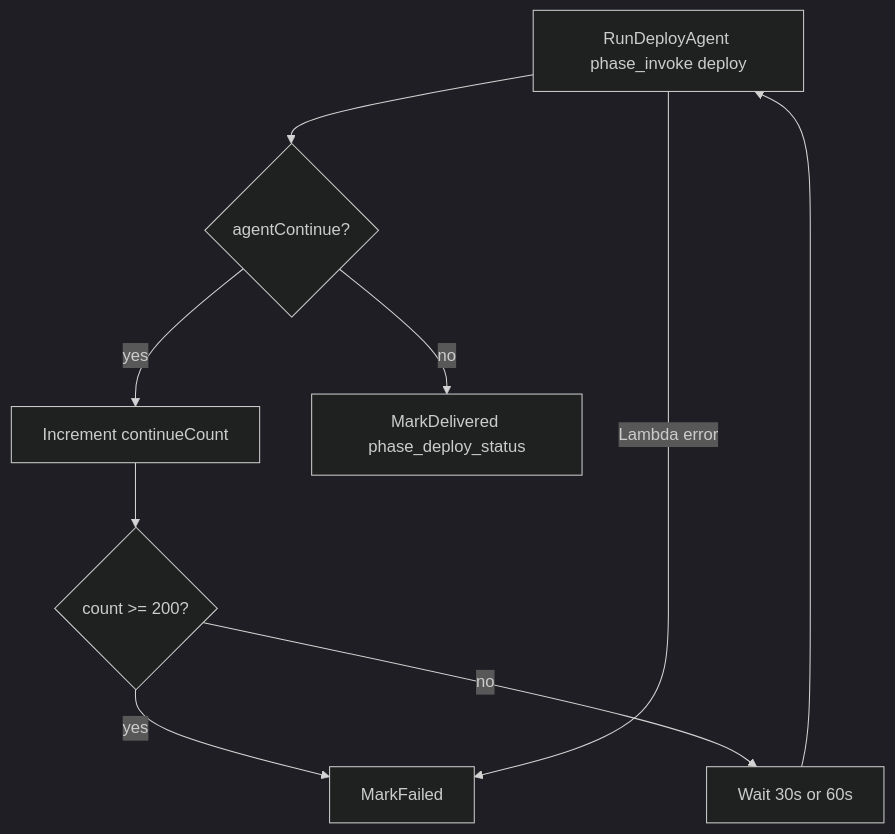
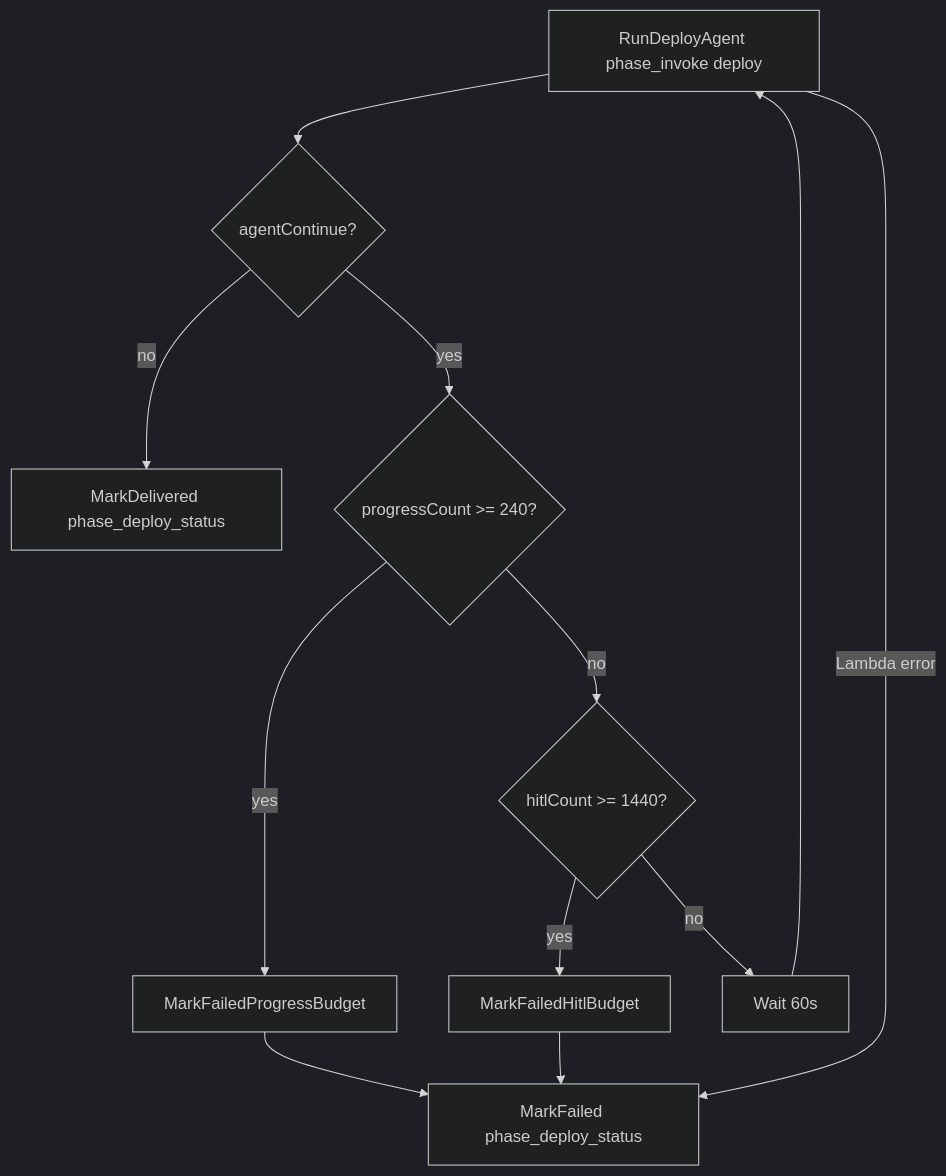
One commit to naveen-aivar/lz-agent changed the diagram in docs/deployment-agent-transform.md. Above: the diagram before and after it, drawn with Mermaid (dark theme). The commit also changed other lines of this file and 48 other files, not shown here.

````diff
--- a/docs/deployment-agent-transform.md
+++ b/docs/deployment-agent-transform.md
@@ -23,11 +23,14 @@
 ```mermaid
 flowchart TD
   A[RunDeployAgent phase_invoke deploy] --> B{agentContinue?}
-  B -->|yes| C[Increment continueCount]
-  C --> D{count >= 200?}
-  D -->|yes| F[MarkFailed]
-  D -->|no| W[Wait 30s or 60s]
+  B -->|no| G[MarkDelivered phase_deploy_status]
+  B -->|yes| P{progressCount >= 240?}
+  P -->|yes| FP[MarkFailedProgressBudget]
+  P -->|no| H{hitlCount >= 1440?}
+  H -->|yes| FH[MarkFailedHitlBudget]
+  H -->|no| W[Wait 60s]
   W --> A
-  B -->|no| G[MarkDelivered phase_deploy_status]
+  FP --> F[MarkFailed phase_deploy_status]
+  FH --> F
   A -->|Lambda error| F
 ```
````
